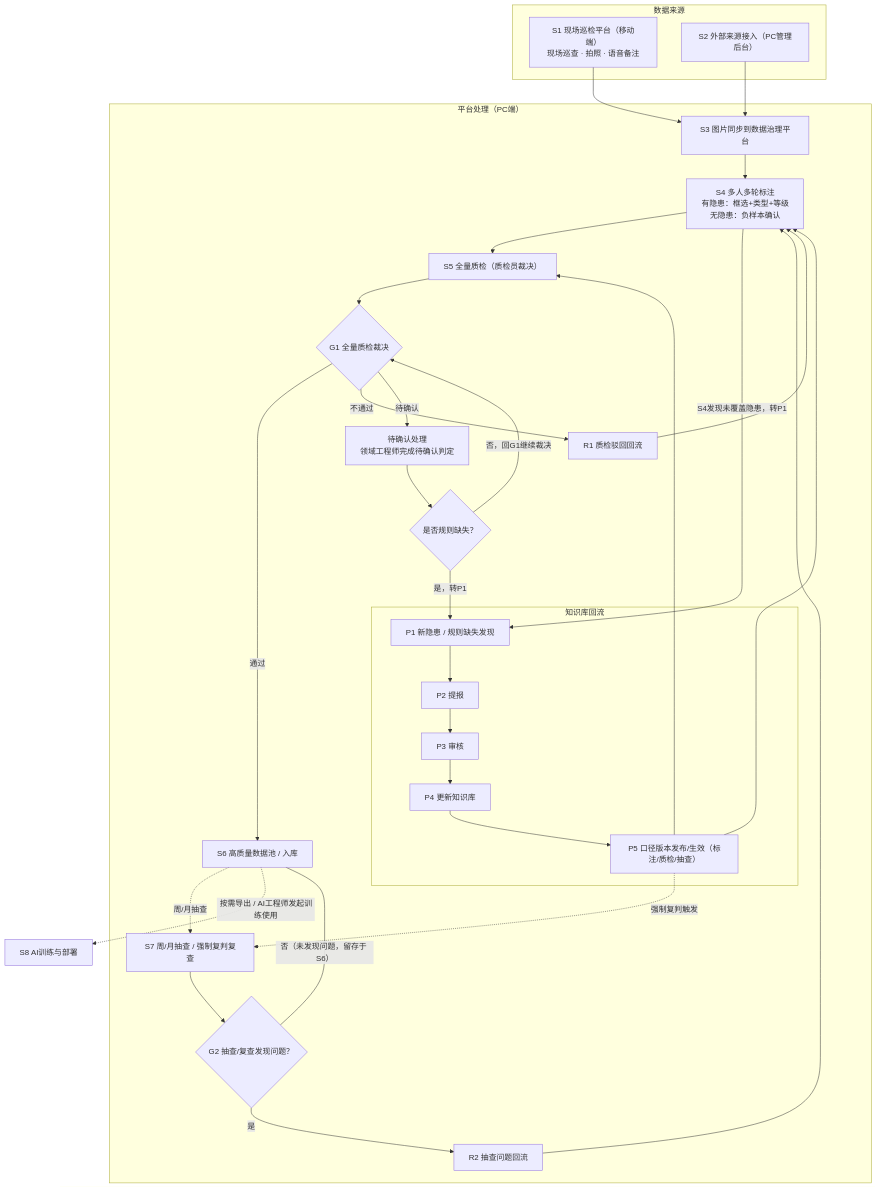
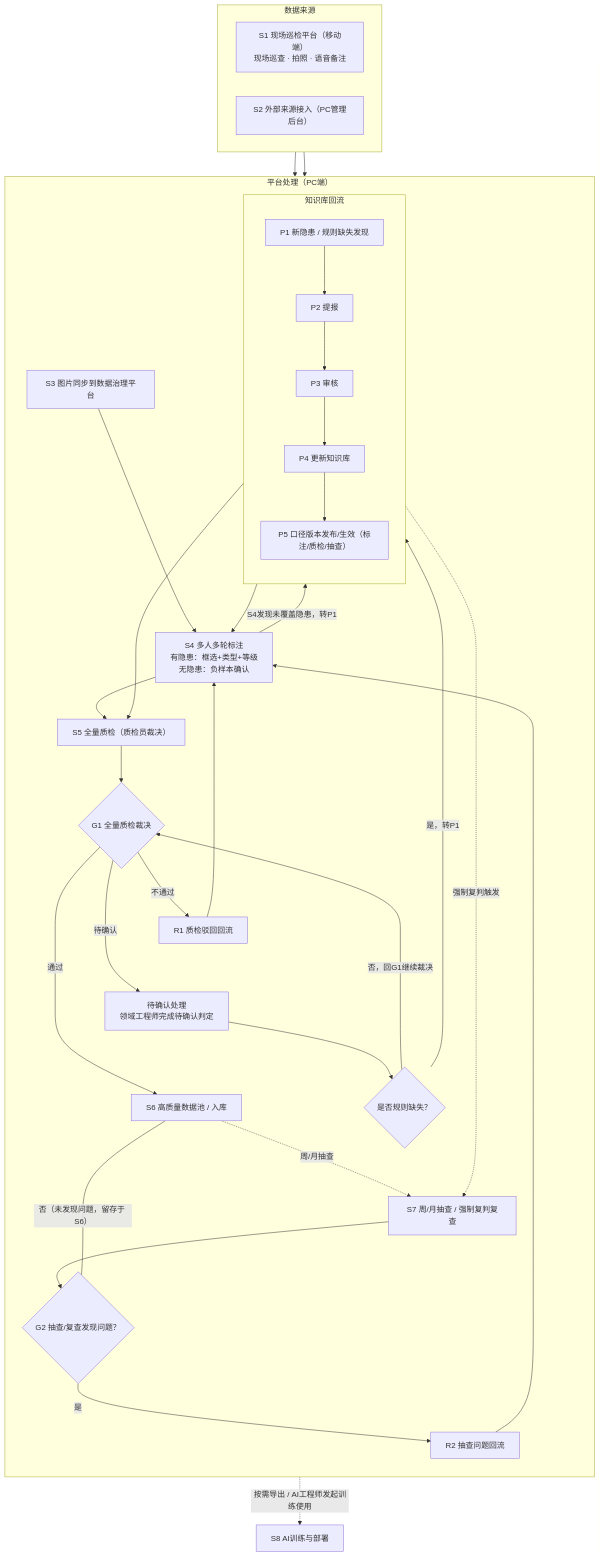
One commit to zhudan930612/Data-governance changed the diagram in 数据治理平台-Mermaid.mmd. Above: the diagram before and after it, drawn with Mermaid.

Commit message:
docs: 优化 Mermaid 流程图布局结构
- 在子图中添加 direction 指令控制布局方向
- 重构节点声明与连线逻辑，提升可读性
- 添加隐藏连线优化视觉布局

```diff
--- a/数据治理平台-Mermaid.mmd
+++ b/数据治理平台-Mermaid.mmd
@@ -1,45 +1,65 @@
 %%{init: {'theme':'mc'}}%%
 flowchart TD
     subgraph SRC ["数据来源"]
+        direction LR
         A1["S1 现场巡检平台（移动端）<br/>现场巡查 · 拍照 · 语音备注"]
         A2["S2 外部来源接入（PC管理后台）"]
     end
 
     subgraph PLT ["平台处理（PC端）"]
+        direction TB
         B["S3 图片同步到数据治理平台"]
-        B --> E["S4 多人多轮标注<br/>有隐患：框选+类型+等级<br/>无隐患：负样本确认"]
-        E --> G["S5 全量质检（质检员裁决）"]
-        G --> G1{"G1 全量质检裁决"}
-        G1 -->|"通过"| H["S6 高质量数据池 / 入库"]
-        G1 -->|"不通过"| R1["R1 质检驳回回流"]
-        G1 -->|"待确认"| Q["待确认处理<br/>领域工程师完成待确认判定"]
-        R1 --> E
-        Q --> Q1{"是否规则缺失？"}
-        Q1 -->|"是，转P1"| U
-        Q1 -->|"否，回G1继续裁决"| G1
+        E["S4 多人多轮标注<br/>有隐患：框选+类型+等级<br/>无隐患：负样本确认"]
+        G["S5 全量质检（质检员裁决）"]
+        G1{"G1 全量质检裁决"}
+        H["S6 高质量数据池 / 入库"]
+        S7["S7 周/月抽查 / 强制复判复查"]
+        G2{"G2 抽查/复查发现问题？"}
 
-        H -.->|"周/月抽查"| S7["S7 周/月抽查 / 强制复判复查"]
-        S7 --> G2{"G2 抽查/复查发现问题？"}
-        G2 -->|"是"| R2["R2 抽查问题回流"]
+        R1["R1 质检驳回回流"]
+        Q["待确认处理<br/>领域工程师完成待确认判定"]
+        Q1{"是否规则缺失？"}
+        R2["R2 抽查问题回流"]
+
+        B --> E
+        E --> G
+        G --> G1
+        G1 -->|"通过"| H
+        H -.->|"周/月抽查"| S7
+        S7 --> G2
         G2 ---|"否（未发现问题，留存于 S6）"| H
-        R2 --> E
 
         subgraph LOOP ["知识库回流"]
+            direction TB
             U["P1 新隐患 / 规则缺失发现"]
             U --> V["P2 提报"]
             V --> W["P3 审核"]
             W --> X["P4 更新知识库"]
             X --> Y["P5 口径版本发布/生效（标注/质检/抽查）"]
         end
 
+        G1 -->|"不通过"| R1
+        G1 -->|"待确认"| Q
+        R1 --> E
+        Q --> Q1
+        Q1 -->|"是，转P1"| U
+        Q1 -->|"否，回G1继续裁决"| G1
+        G2 -->|"是"| R2
+        R2 --> E
+
         E -->|"S4发现未覆盖隐患，转P1"| U
         Y --> E
         Y --> G
         Y -.->|"强制复判触发"| S7
+
+        R1 ~~~ Q
+        Q ~~~ H
+        U ~~~ H
+        R2 ~~~ S7
     end
 
     A1 --> B
     A2 --> B
 
 
     H -.->|"按需导出 / AI工程师发起训练使用"| M["S8 AI训练与部署"]
```
